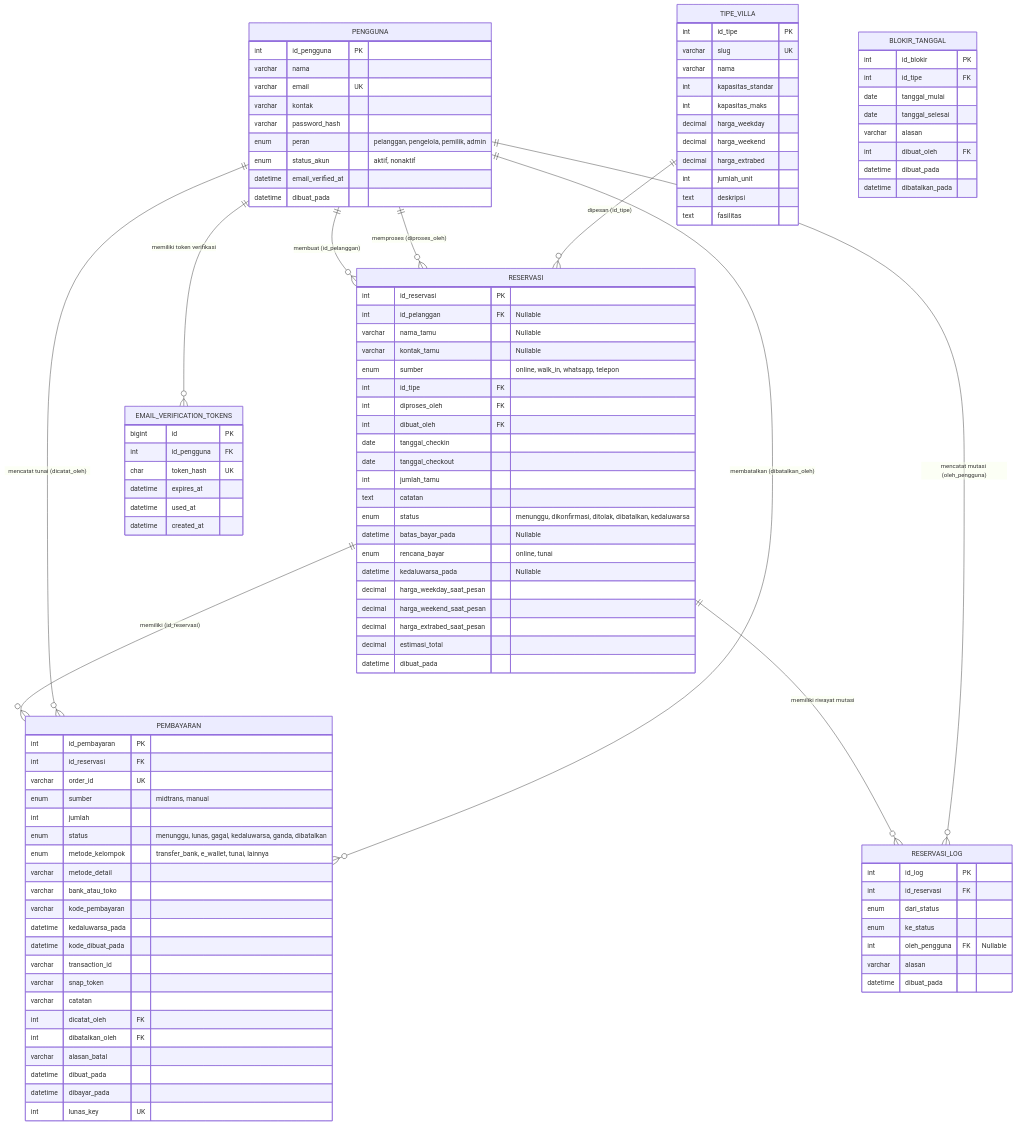
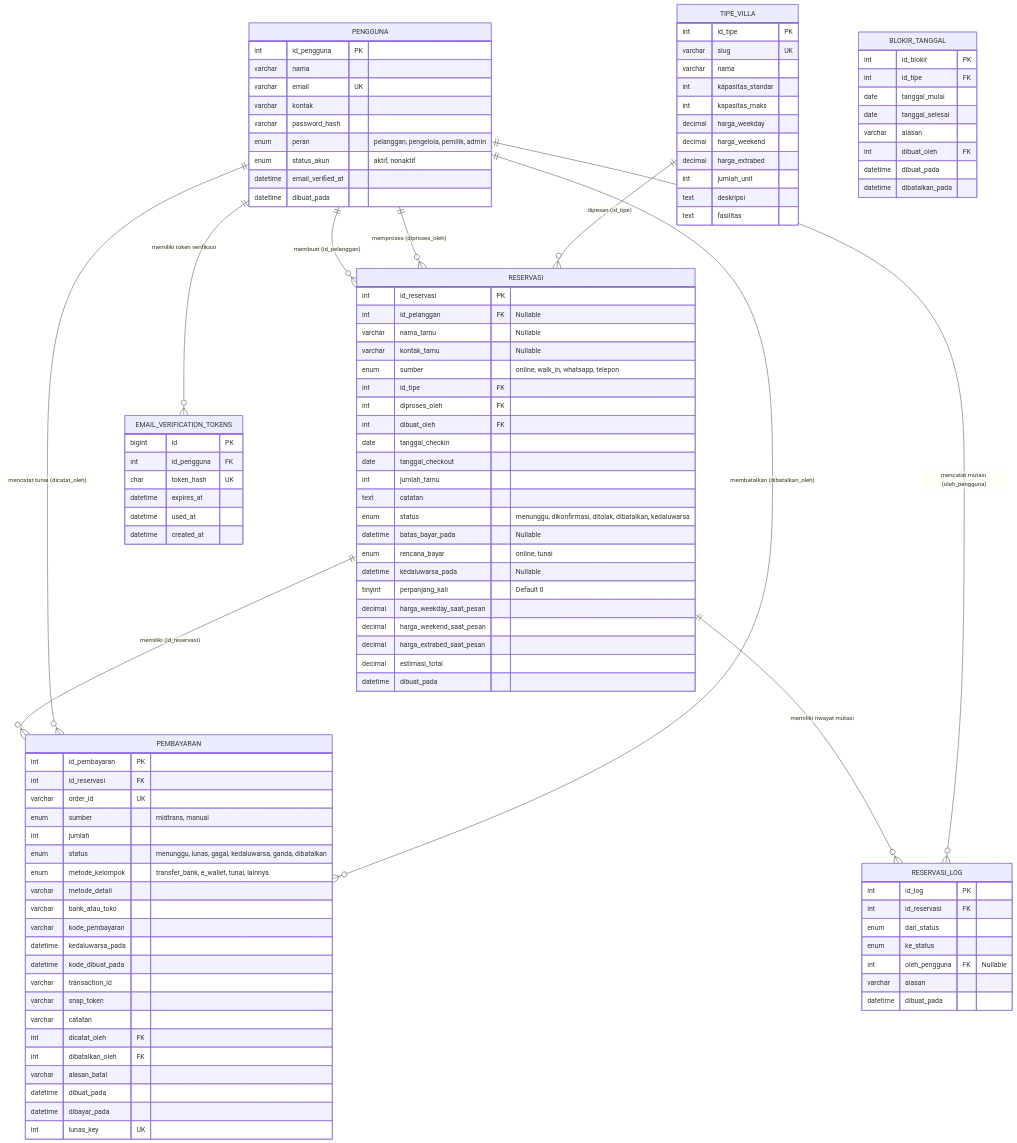
One commit to farhan123853/Proyek3 changed the diagram in docs/STRUKTUR_DATABASE.md. Above: the diagram before and after it, drawn with Mermaid. The commit also changed other lines of this file and 3 other files, not shown here.

Commit message:
feat(database): migrasi 007 penambahan kolom perpanjang_kali pada tabel reservasi

```diff
--- a/docs/STRUKTUR_DATABASE.md
+++ b/docs/STRUKTUR_DATABASE.md
@@ -70,6 +70,7 @@
         datetime batas_bayar_pada "Nullable"
         enum rencana_bayar "online, tunai"
         datetime kedaluwarsa_pada "Nullable"
+        tinyint perpanjang_kali "Default 0"
         decimal harga_weekday_saat_pesan
         decimal harga_weekend_saat_pesan
         decimal harga_extrabed_saat_pesan
```
